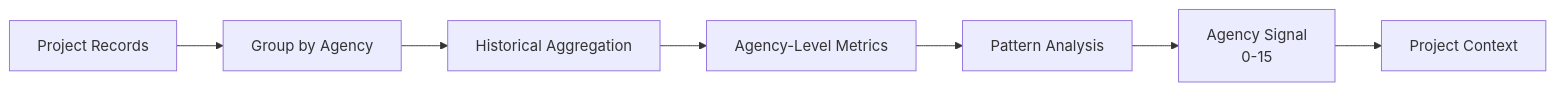
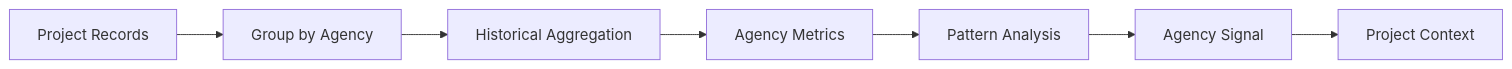
The sixth of 17 diagrams in README.md (the-nidhi-bhat/mplads-sentinel), drawn with Mermaid before and after one commit. The commit also changed other lines of this file, not shown here.

````diff
--- a/README.md
+++ b/README.md
@@ -244,9 +248,9 @@
 ```mermaid
 flowchart LR
     A["Project Records"] --> B["Group by Agency"]
     B --> C["Historical Aggregation"]
-    C --> D["Agency-Level Metrics"]
+    C --> D["Agency Metrics"]
     D --> E["Pattern Analysis"]
-    E --> F["Agency Signal<br/>0-15"]
+    E --> F["Agency Signal"]
     F --> G["Project Context"]
 ```
````
